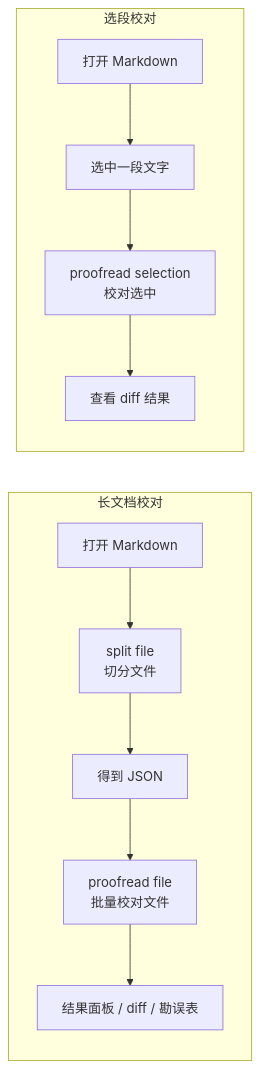
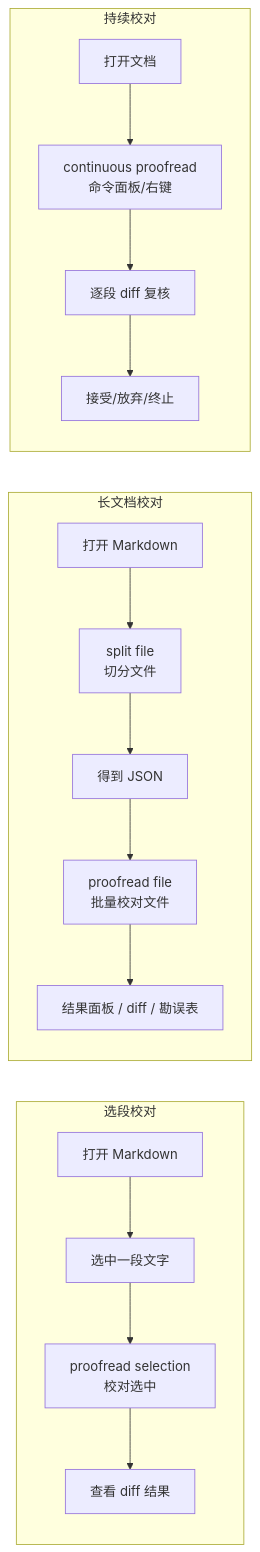
The first of 5 diagrams in docs/commands-cheatsheet.md (Fusyong/ai-proofread-vscode-extension), drawn with Mermaid before and after one commit. The commit also changed other lines of this file, not shown here.

````diff
--- a/docs/commands-cheatsheet.md
+++ b/docs/commands-cheatsheet.md
@@ -53,19 +115,27 @@
 ```mermaid
 flowchart LR
+    subgraph 方式一["选段校对"]
+        S1["打开 Markdown"]
+        S2["选中一段文字"]
+        S3["proofread selection <br> 校对选中"]
+        S4["查看 diff 结果"]
+        S1 --> S2 --> S3 --> S4
+    end
+
     subgraph 方式二["长文档校对"]
         L1["打开 Markdown"]
         L2["split file <br> 切分文件"]
         L3["得到 JSON"]
         L4["proofread file <br> 批量校对文件"]
         L5["结果面板 / diff / 勘误表"]
         L1 --> L2 --> L3 --> L4 --> L5
     end
 
-    subgraph 方式一["选段校对"]
-        S1["打开 Markdown"]
-        S2["选中一段文字"]
-        S3["proofread selection <br> 校对选中"]
-        S4["查看 diff 结果"]
-        S1 --> S2 --> S3 --> S4
+    subgraph 方式三["持续校对"]
+        C1["打开文档"]
+        C2["continuous proofread <br> 命令面板/右键"]
+        C3["逐段 diff 复核"]
+        C4["接受/放弃/终止"]
+        C1 --> C2 --> C3 --> C4
     end
 ```
````
